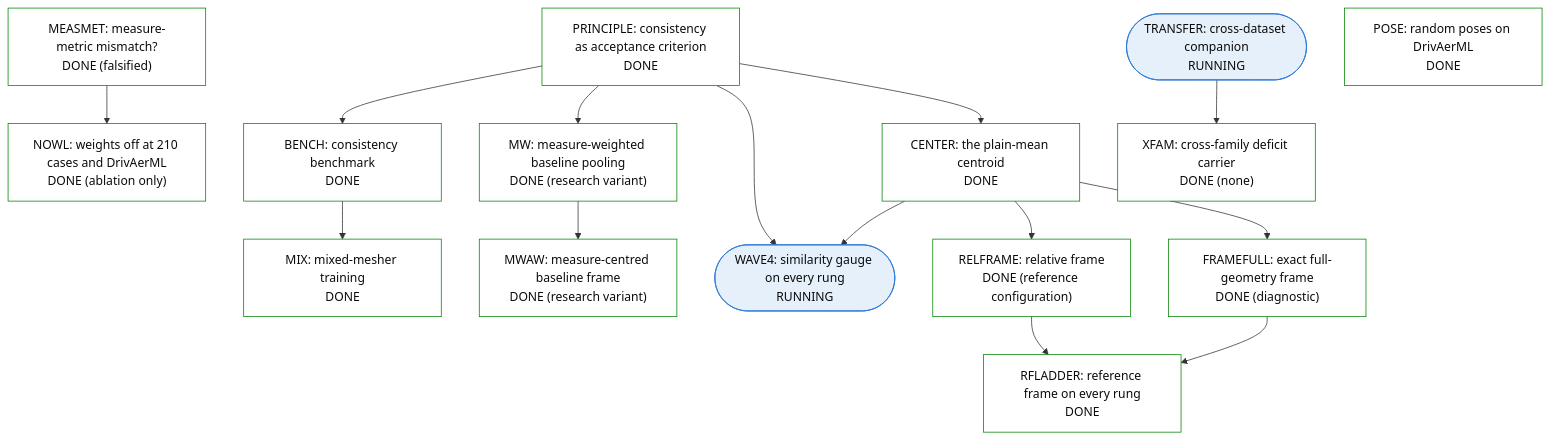
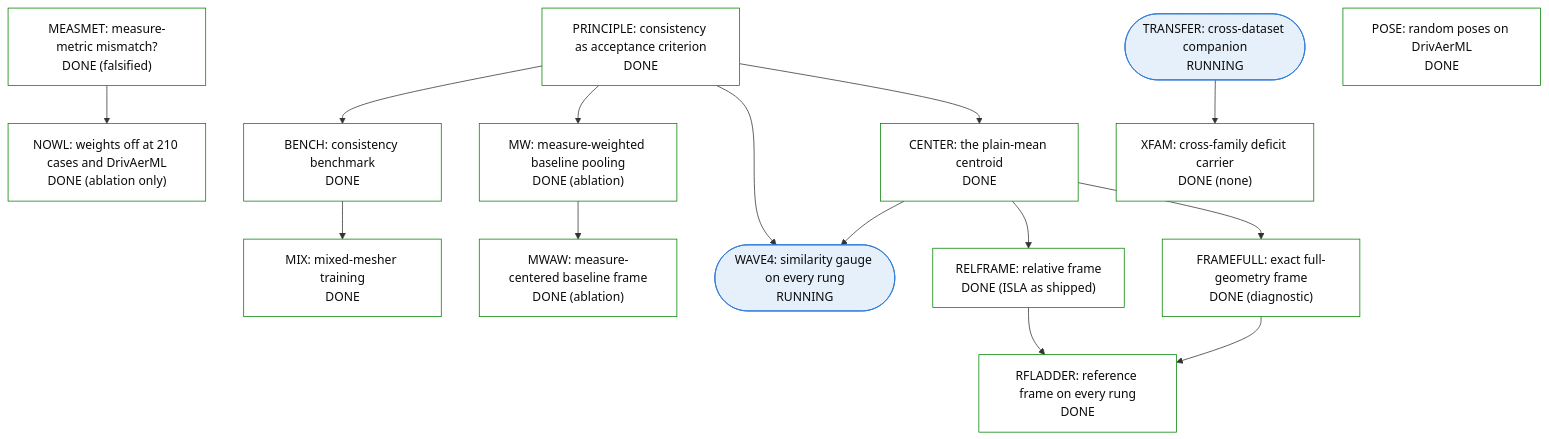
One commit to peterdsharpe/physicsnemo changed the fourth of 5 diagrams in examples/cfd/mesh_transformer/book/13-program-status.qmd. Above: the diagram before and after it, drawn with Mermaid. The commit also changed other lines of this file and 15 other files, not shown here.

````diff
--- a/examples/cfd/mesh_transformer/book/13-program-status.qmd
+++ b/examples/cfd/mesh_transformer/book/13-program-status.qmd
@@ -235,39 +235,39 @@
 ```{mermaid}
 %%| fig-cap: >
 %%|   Sub-tree 4: measure, frame and contracts. RELFRAME is the node that
-%%|   fixed the reference configuration; POSE is the pose benchmark; TRANSFER
+%%|   fixed ISLA; POSE is the pose benchmark; TRANSFER
 %%|   is the cross-dataset companion program.
 flowchart TB
     classDef done fill:#ffffff,stroke:#008300,color:#0b0b0b
     classDef running fill:#e6f0fb,stroke:#2a78d6,color:#0b0b0b
     classDef planned fill:#ffffff,stroke:#898781,color:#0b0b0b,stroke-dasharray:4 3
     classDef stopped fill:#f4f3ee,stroke:#52514e,color:#0b0b0b
     MEASMET["MEASMET: measure-metric mismatch?<br/>DONE (falsified)"]:::done
     NOWL["NOWL: weights off at 210 cases and DrivAerML<br/>DONE (ablation only)"]:::done
     PRINCIPLE["PRINCIPLE: consistency as acceptance criterion<br/>DONE"]:::done
     BENCH["BENCH: consistency benchmark<br/>DONE"]:::done
-    MW["MW: measure-weighted baseline pooling<br/>DONE (research variant)"]:::done
-    MWAW["MWAW: measure-centred baseline frame<br/>DONE (research variant)"]:::done
+    MW["MW: measure-weighted baseline pooling<br/>DONE (ablation)"]:::done
+    MWAW["MWAW: measure-centered baseline frame<br/>DONE (ablation)"]:::done
     MIX["MIX: mixed-mesher training<br/>DONE"]:::done
     WAVE4(["WAVE4: similarity gauge on every rung<br/>RUNNING"]):::running
     CENTER["CENTER: the plain-mean centroid<br/>DONE"]:::done
-    RELFRAME["RELFRAME: relative frame<br/>DONE (reference configuration)"]:::done
+    RELFRAME["RELFRAME: relative frame<br/>DONE (ISLA as shipped)"]:::done
     FRAMEFULL["FRAMEFULL: exact full-geometry frame<br/>DONE (diagnostic)"]:::done
     RFLADDER["RFLADDER: reference frame on every rung<br/>DONE"]:::done
     XFAM["XFAM: cross-family deficit carrier<br/>DONE (none)"]:::done
     TRANSFER(["TRANSFER: cross-dataset companion<br/>RUNNING"]):::running
     POSE["POSE: random poses on DrivAerML<br/>DONE"]:::done
     MEASMET --> NOWL
     PRINCIPLE --> BENCH
     PRINCIPLE --> MW
     PRINCIPLE --> WAVE4
     PRINCIPLE --> CENTER
     BENCH --> MIX
     MW --> MWAW
     CENTER --> WAVE4
     CENTER --> RELFRAME
     CENTER --> FRAMEFULL
     RELFRAME --> RFLADDER
     FRAMEFULL --> RFLADDER
     TRANSFER --> XFAM
 ```
````
